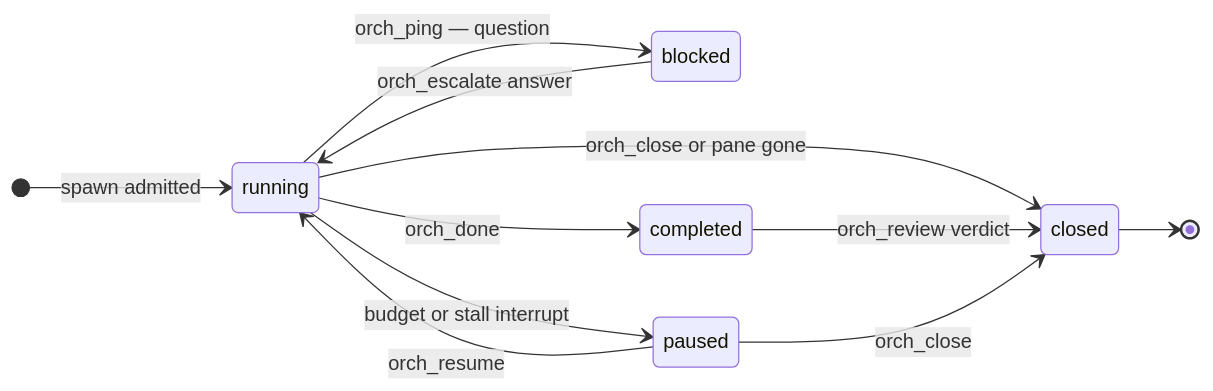
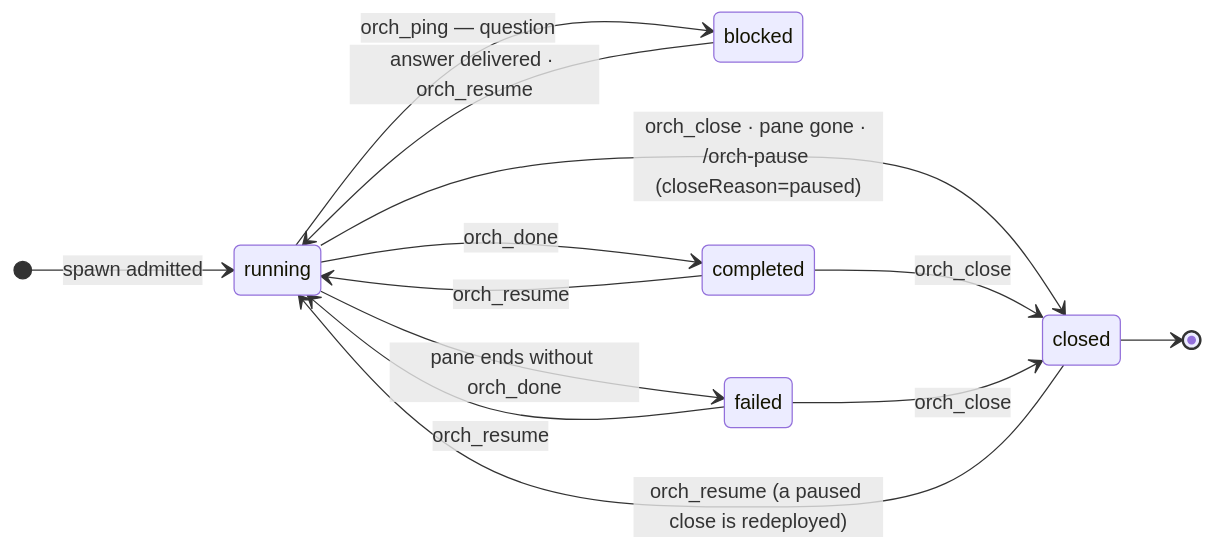
Before and after one commit to 0xfzz/my-pi-setup: the third of 3 diagrams in docs/orchestrator.md, drawn with Mermaid. The commit also changed other lines of this file, not shown here.

Commit message:
docs(orchestrator): correct the lifecycle and review diagrams
The child lifecycle diagram described states the registry does not have.
`paused` is a close reason (`/orch-pause` closes the row with
closeReason="paused"), not a status; `failed` was missing entirely; and
`completed --> closed: orch_review verdict` was false — reviewing records a
verdict and never closes the child.

Also list the default `single: gate` lens in the spec-review diagram (the
other lenses are preset opt-ins), disambiguate "paused" in the admission
label (orchestrator pause, not a child status), and stop implying closure
in the approve step ("verdict recorded · evidence bound to the scope").

````diff
--- a/docs/orchestrator.md
+++ b/docs/orchestrator.md
@@ -100,14 +100,16 @@
 ```mermaid
 stateDiagram-v2
     direction LR
     [*] --> running: spawn admitted
     running --> blocked: orch_ping — question
-    blocked --> running: orch_escalate answer
-    running --> paused: budget or stall interrupt
-    paused --> running: orch_resume
+    blocked --> running: answer delivered · orch_resume
     running --> completed: orch_done
-    running --> closed: orch_close or pane gone
-    completed --> closed: orch_review verdict
-    paused --> closed: orch_close
+    running --> failed: pane ends without orch_done
+    running --> closed: orch_close · pane gone · /orch-pause (closeReason=paused)
+    completed --> running: orch_resume
+    failed --> running: orch_resume
+    completed --> closed: orch_close
+    failed --> closed: orch_close
+    closed --> running: orch_resume (a paused close is redeployed)
     closed --> [*]
 ```
````
